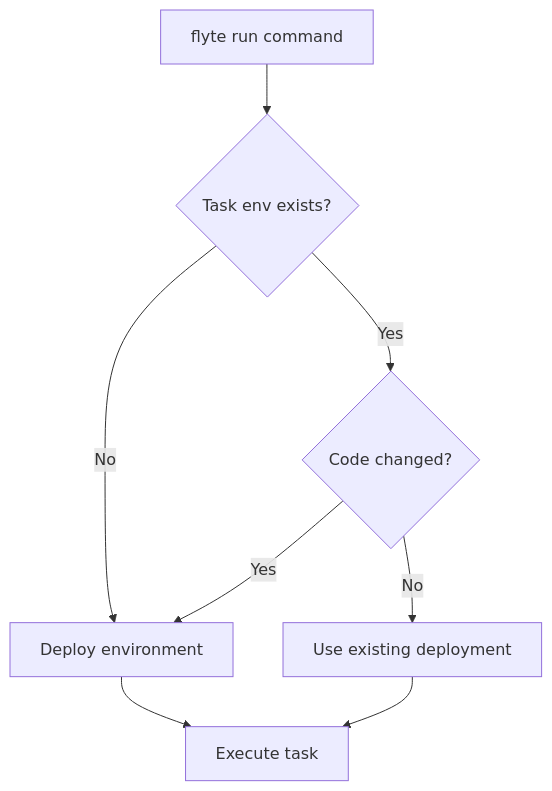
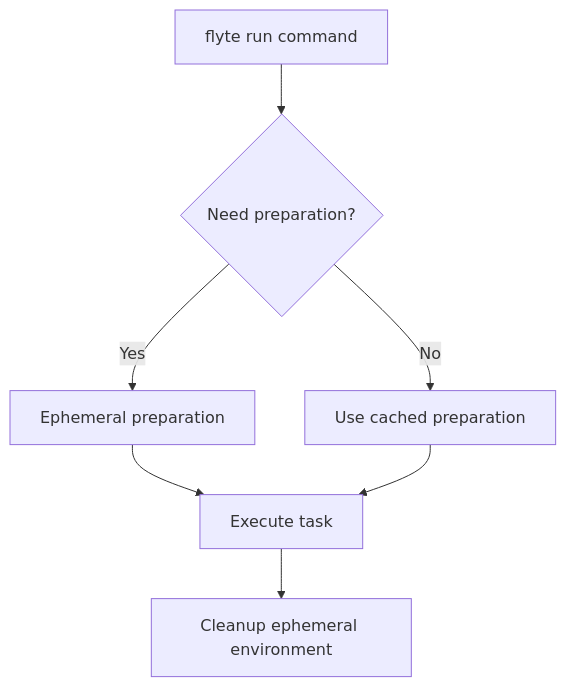
The diagram in content/user-guide/task-deployment/how-task-run-works.md (unionai/unionai-docs), drawn with Mermaid before and after one commit. The commit also changed other lines of this file and 2 other files, not shown here.

Commit message:
correct description of flyte run to reflect ephemeral nature

````diff
--- a/content/user-guide/task-deployment/how-task-run-works.md
+++ b/content/user-guide/task-deployment/how-task-run-works.md
@@ -210,10 +210,9 @@
 ```mermaid
 graph TD
-    A[flyte run command] --> B{Task env exists?}
-    B -->|No| C[Deploy environment]
-    B -->|Yes| D{Code changed?}
-    D -->|Yes| C
-    D -->|No| E[Use existing deployment]
-    C --> F[Execute task]
-    E --> F
+    A[flyte run command] --> B{Need preparation?}
+    B -->|Yes| C[Ephemeral preparation]
+    B -->|No| D[Use cached preparation]
+    C --> E[Execute task]
+    D --> E
+    E --> F[Cleanup ephemeral environment]
 ```
````
